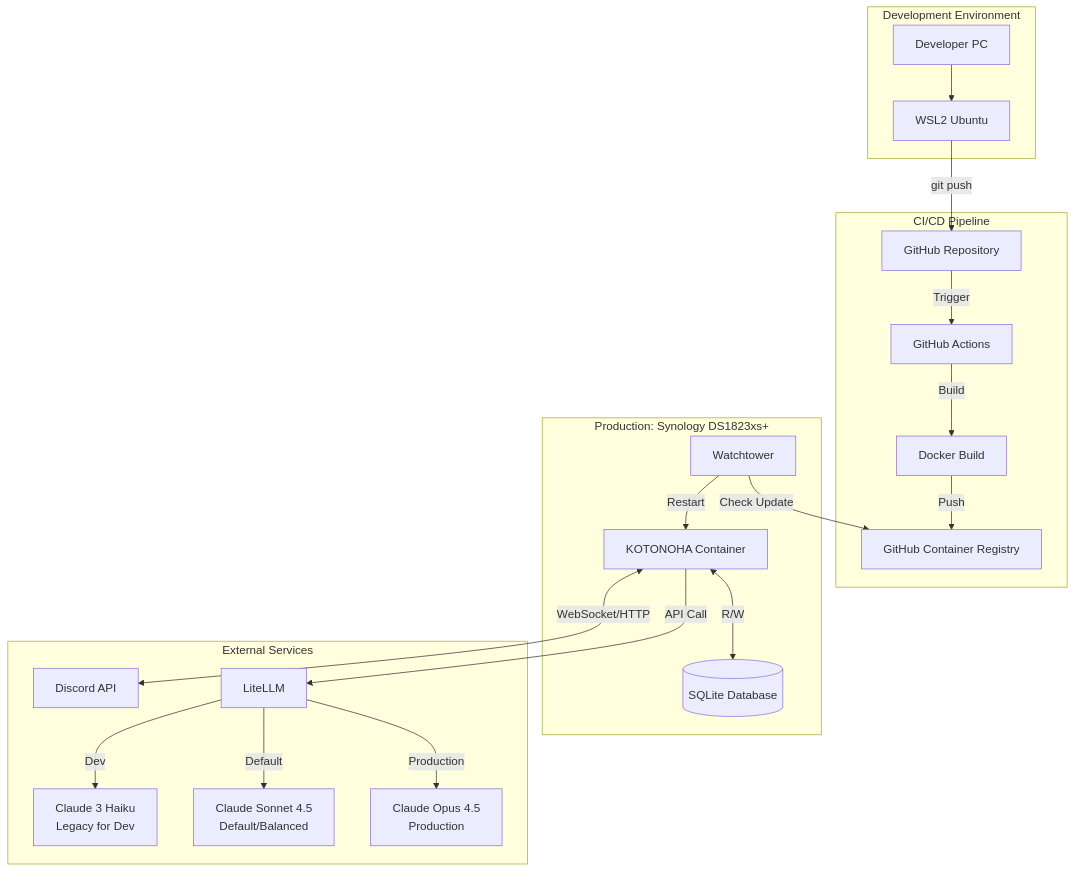
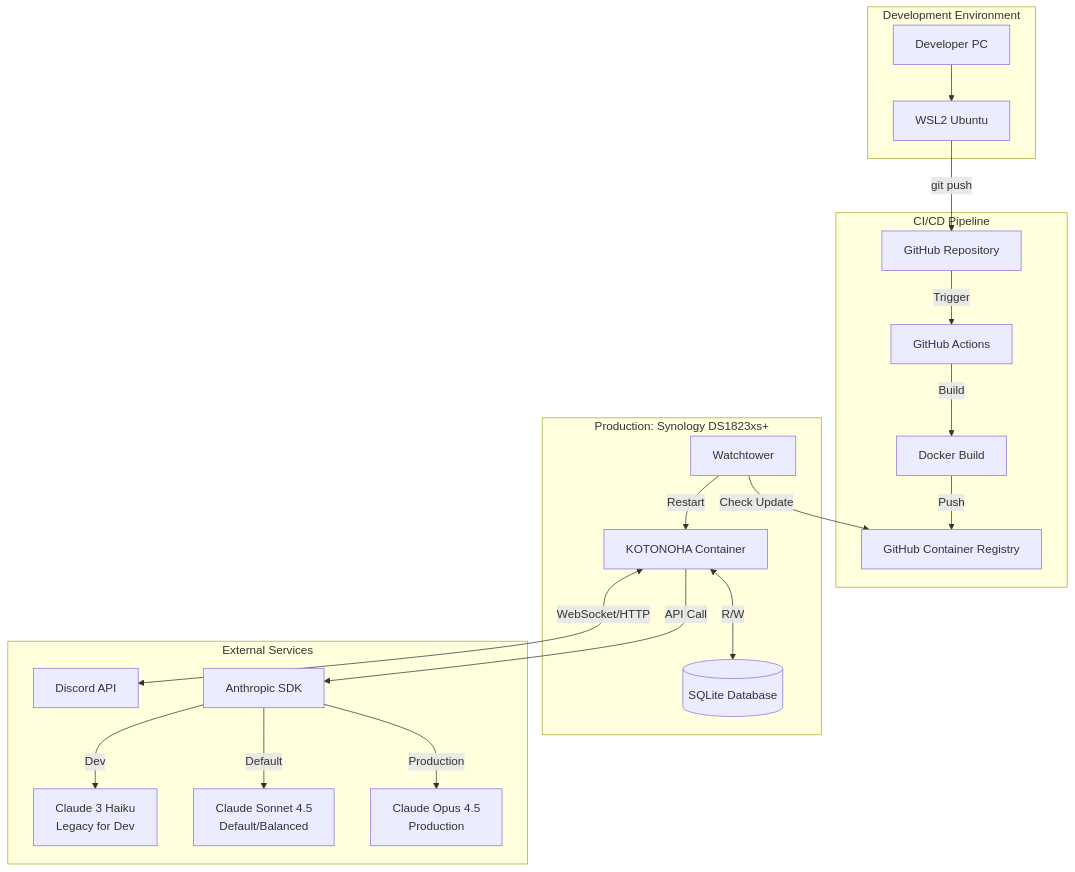
One commit to fluxrozin/kotonoha-bot changed the first of 2 diagrams in docs/20_architecture/21_system-arch/system-architecture.md. Above: the diagram before and after it, drawn with Mermaid. The commit also changed other lines of this file and 20 other files, not shown here.

````diff
--- a/docs/20_architecture/21_system-arch/system-architecture.md
+++ b/docs/20_architecture/21_system-arch/system-architecture.md
@@ -7,44 +7,44 @@
 ```mermaid
 graph TB
     subgraph "Development Environment"
         Dev[Developer PC]
         WSL[WSL2 Ubuntu]
         Dev --> WSL
     end
 
     subgraph "CI/CD Pipeline"
         GitHub[GitHub Repository]
         GHA[GitHub Actions]
         DockerBuild[Docker Build]
         GHCR[GitHub Container Registry]
 
         WSL -->|git push| GitHub
         GitHub -->|Trigger| GHA
         GHA -->|Build| DockerBuild
         DockerBuild -->|Push| GHCR
     end
 
     subgraph "Production: Synology DS1823xs+"
         Watchtower[Watchtower]
         Container[KOTONOHA Container]
         SQLite[(SQLite Database)]
 
         Watchtower -->|Check Update| GHCR
         Watchtower -->|Restart| Container
         Container <-->|R/W| SQLite
     end
 
     subgraph "External Services"
         Discord[Discord API]
-        LiteLLM[LiteLLM]
+        AnthropicSDK[Anthropic SDK]
         ClaudeHaiku[Claude 3 Haiku<br/>Legacy for Dev]
         ClaudeSonnet[Claude Sonnet 4.5<br/>Default/Balanced]
         ClaudeOpus[Claude Opus 4.5<br/>Production]
 
         Container <-->|WebSocket/HTTP| Discord
-        Container -->|API Call| LiteLLM
-        LiteLLM -->|Dev| ClaudeHaiku
-        LiteLLM -->|Default| ClaudeSonnet
-        LiteLLM -->|Production| ClaudeOpus
+        Container -->|API Call| AnthropicSDK
+        AnthropicSDK -->|Dev| ClaudeHaiku
+        AnthropicSDK -->|Default| ClaudeSonnet
+        AnthropicSDK -->|Production| ClaudeOpus
     end
 ```
````
